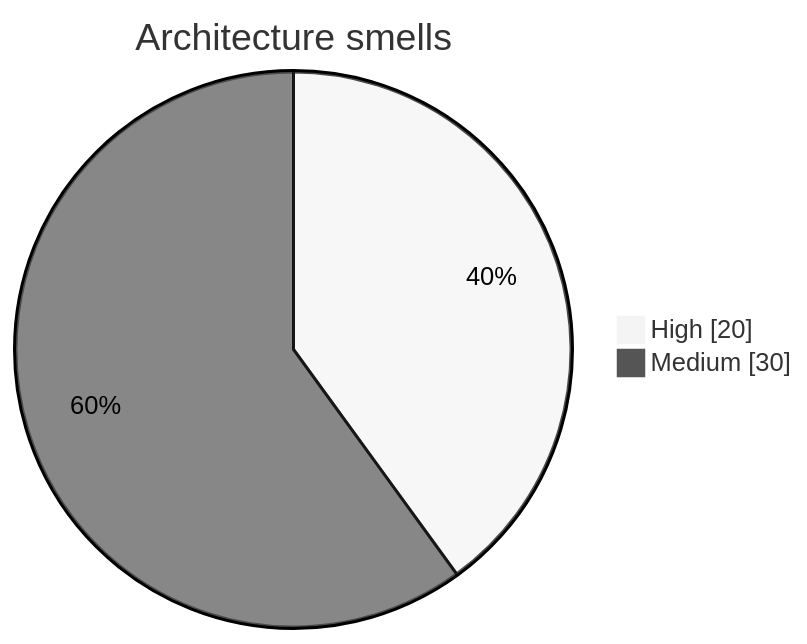
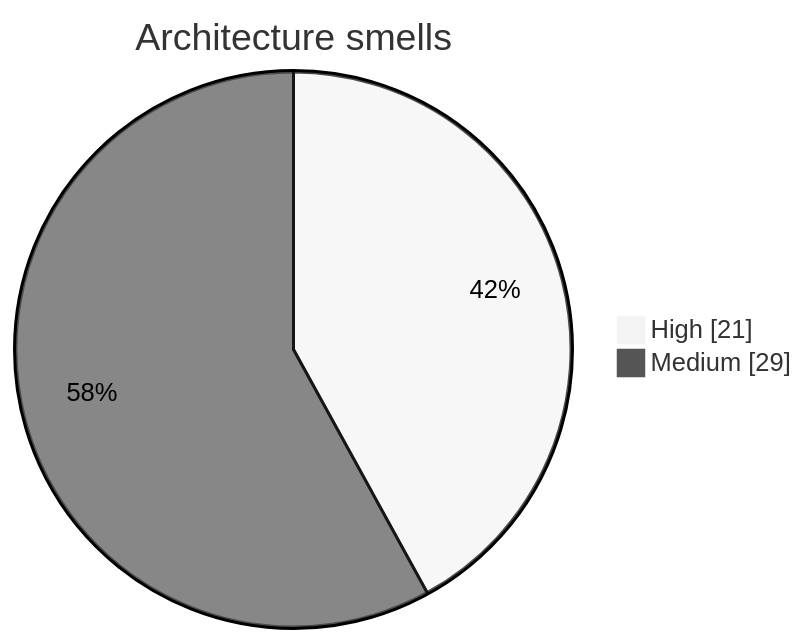
Diagram 14 of 15 in .mentis/context/graphs.md (wolframs/jspace-probes), drawn with Mermaid (neutral theme) before and after one commit. The commit also changed other lines of this file and 59 other files, not shown here.

````diff
--- a/.mentis/context/graphs.md
+++ b/.mentis/context/graphs.md
@@ -288,5 +288,5 @@
 ```mermaid
 pie showData title Architecture smells
-    "High" : 20
-    "Medium" : 30
+    "High" : 21
+    "Medium" : 29
 ```
````
